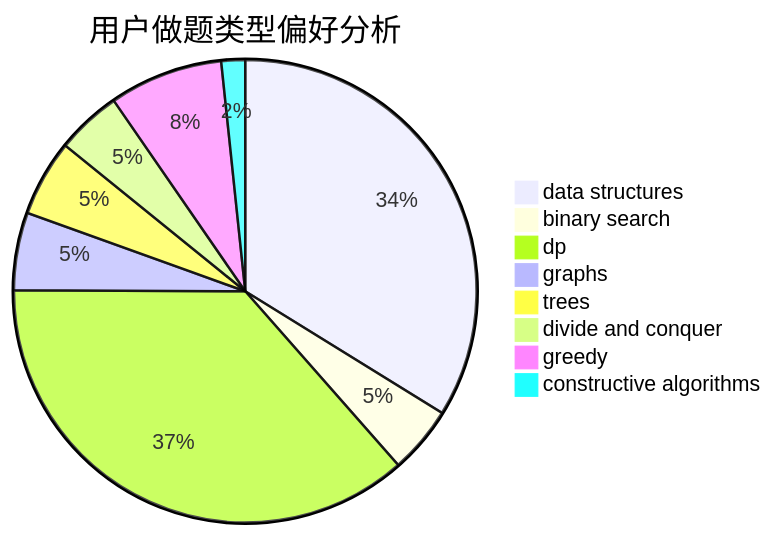
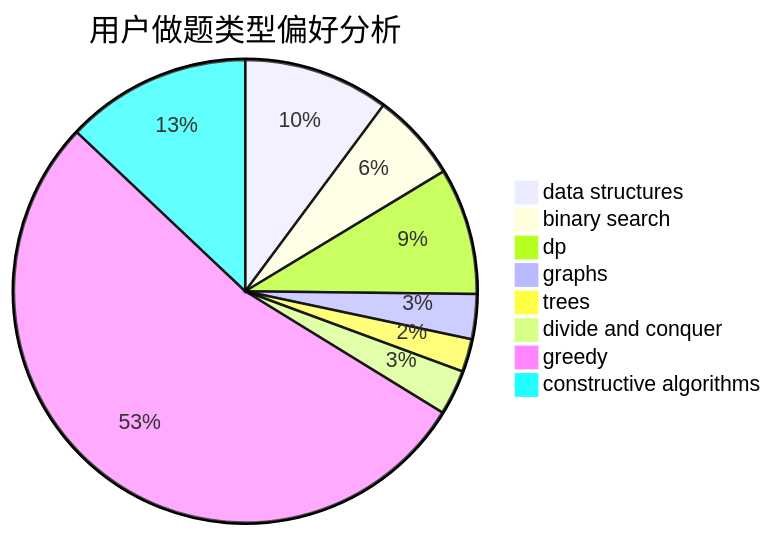
The second of 3 diagrams in docs/user/u17.md (sherpahu/cfrs.github.io), drawn with Mermaid before and after one commit. The commit also changed other lines of this file and 2770 other files, not shown here.

````diff
--- a/docs/user/u17.md
+++ b/docs/user/u17.md
@@ -23,11 +23,11 @@
 ```mermaid
 pie title 用户做题类型偏好分析
-    "data structures" :  468
-    "binary search" :  65
-    "dp" :  506
-    "graphs" :  75
-    "trees" :  74
-    "divide and conquer" :  63
-    "greedy" :  110
-    "constructive algorithms" :  23
+    "data structures" :  84
+    "binary search" :  51
+    "dp" :  73
+    "graphs" :  26
+    "trees" :  19
+    "divide and conquer" :  26
+    "greedy" :  440
+    "constructive algorithms" :  107
 ```
````
